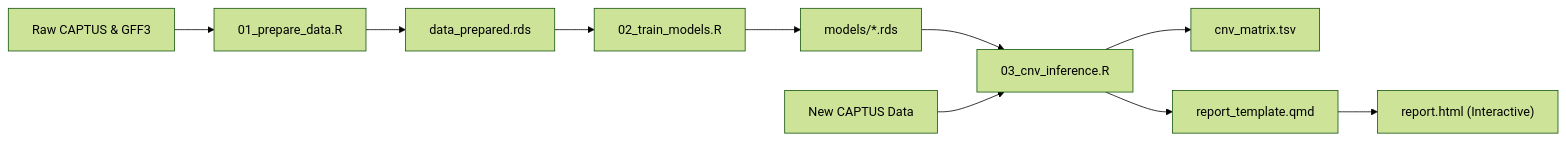
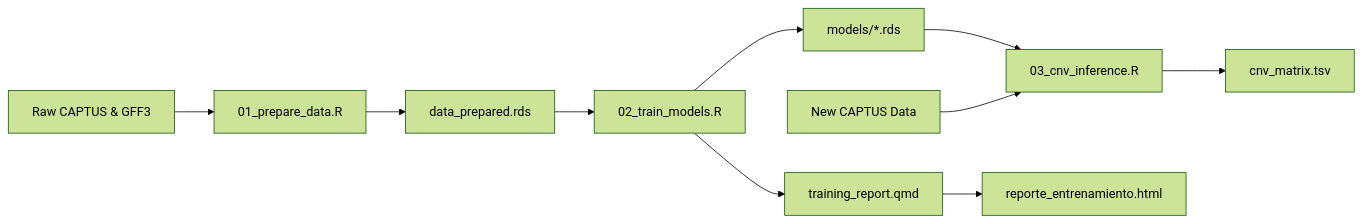
One commit to xyzdiego/TargetCNV-ML changed the diagram in README.md. Above: the diagram before and after it, drawn with Mermaid (forest theme). The commit also changed other lines of this file and 10 other files, not shown here.

````diff
--- a/README.md
+++ b/README.md
@@ -121,12 +125,12 @@
 ```mermaid
 flowchart LR
     A["Raw CAPTUS & GFF3"] --> B["01_prepare_data.R"]
     B --> C["data_prepared.rds"]
     C --> D["02_train_models.R"]
     D --> E["models/*.rds"]
     E --> F["03_cnv_inference.R"]
     G["New CAPTUS Data"] --> F
     F --> H["cnv_matrix.tsv"]
-    F --> I["report_template.qmd"]
-    I --> J["report.html (Interactive)"]
+    D --> I["training_report.qmd"]
+    I --> J["reporte_entrenamiento.html"]
 ```
````
